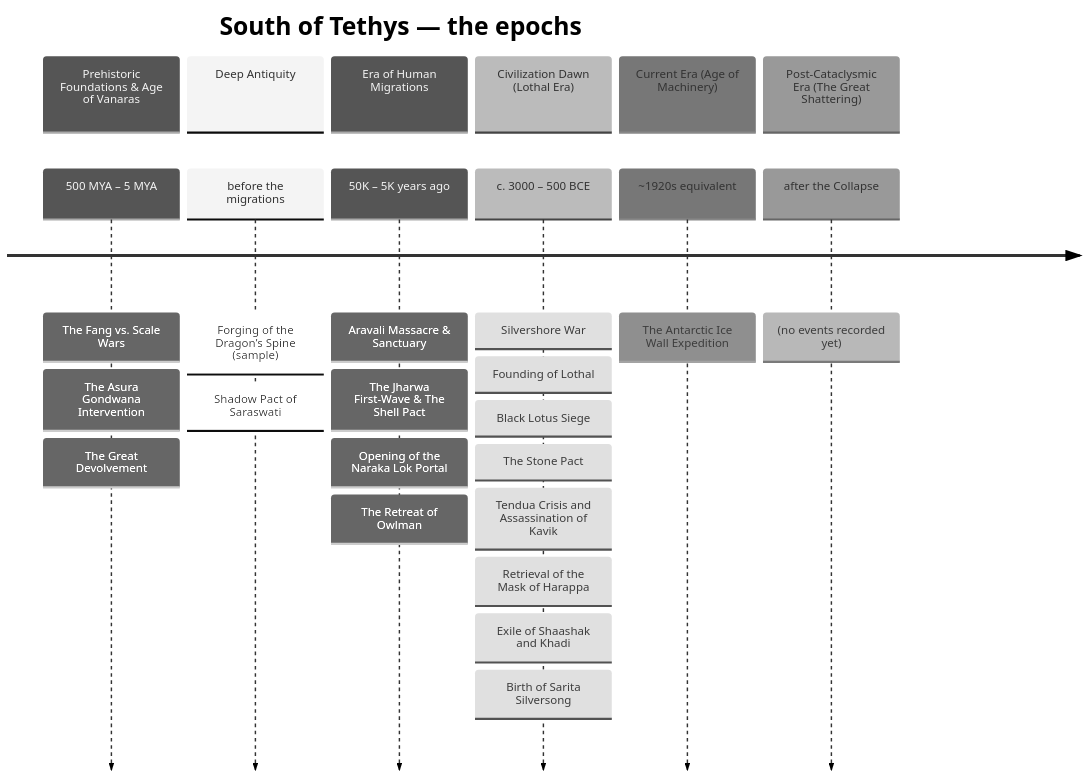
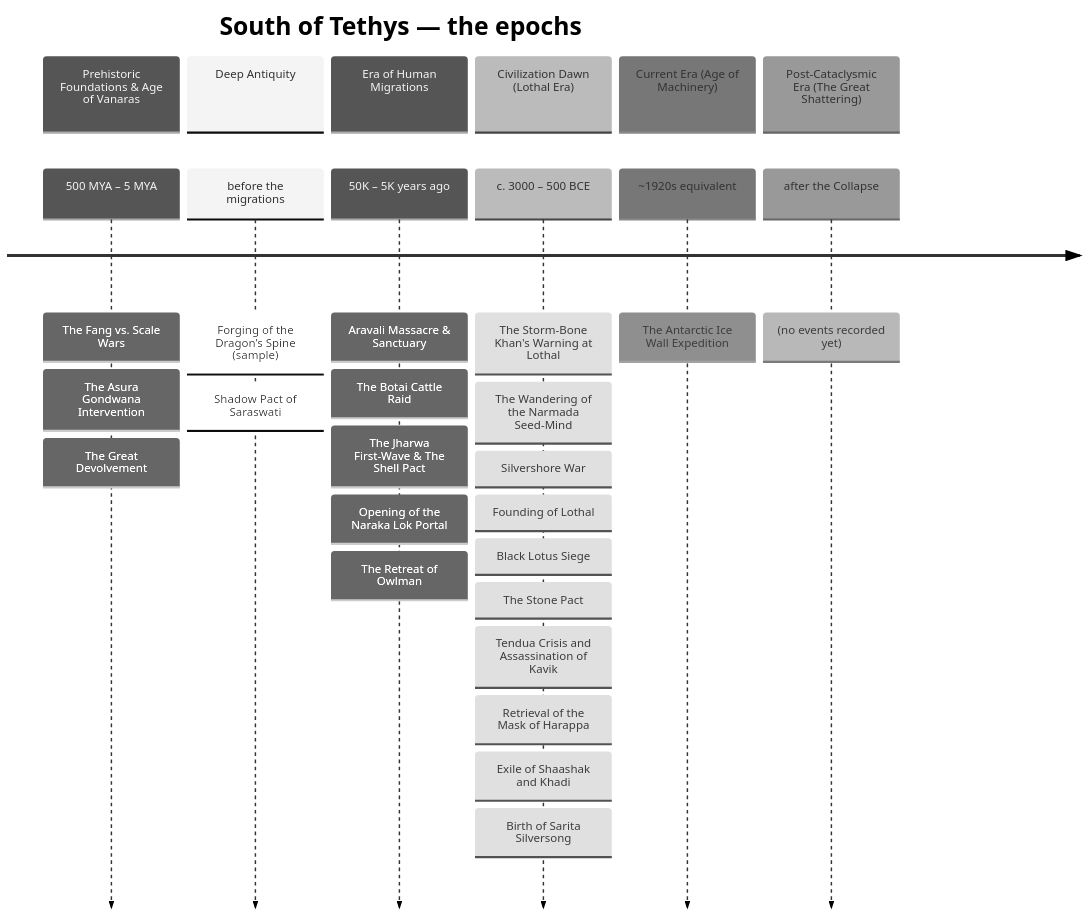
One commit to lordlebu/SouthOfTethys changed the first of 2 diagrams in docs/timeline_mermaid.md. Above: the diagram before and after it, drawn with Mermaid (neutral theme). The commit also changed other lines of this file and 11 other files, not shown here.

First line of the commit message:
Give Guyuk Mongke a chain, without a second Naraka portal

````diff
--- a/docs/timeline_mermaid.md
+++ b/docs/timeline_mermaid.md
@@ -7,16 +7,16 @@
 ```mermaid
 timeline
     title South of Tethys — the epochs
     section Prehistoric Foundations & Age of Vanaras
         500 MYA – 5 MYA : The Fang vs. Scale Wars : The Asura Gondwana Intervention : The Great Devolvement
     section Deep Antiquity
         before the migrations : Forging of the Dragon’s Spine (sample) : Shadow Pact of Saraswati
     section Era of Human Migrations
-        50K – 5K years ago : Aravali Massacre & Sanctuary : The Jharwa First-Wave & The Shell Pact : Opening of the Naraka Lok Portal : The Retreat of Owlman
+        50K – 5K years ago : Aravali Massacre & Sanctuary : The Botai Cattle Raid : The Jharwa First-Wave & The Shell Pact : Opening of the Naraka Lok Portal : The Retreat of Owlman
     section Civilization Dawn (Lothal Era)
-        c. 3000 – 500 BCE : Silvershore War : Founding of Lothal : Black Lotus Siege : The Stone Pact : Tendua Crisis and Assassination of Kavik : Retrieval of the Mask of Harappa : Exile of Shaashak and Khadi : Birth of Sarita Silversong
+        c. 3000 – 500 BCE : The Storm-Bone Khan's Warning at Lothal : The Wandering of the Narmada Seed-Mind : Silvershore War : Founding of Lothal : Black Lotus Siege : The Stone Pact : Tendua Crisis and Assassination of Kavik : Retrieval of the Mask of Harappa : Exile of Shaashak and Khadi : Birth of Sarita Silversong
     section Current Era (Age of Machinery)
         ~1920s equivalent : The Antarctic Ice Wall Expedition
     section Post-Cataclysmic Era (The Great Shattering)
         after the Collapse : (no events recorded yet)
 ```
````
